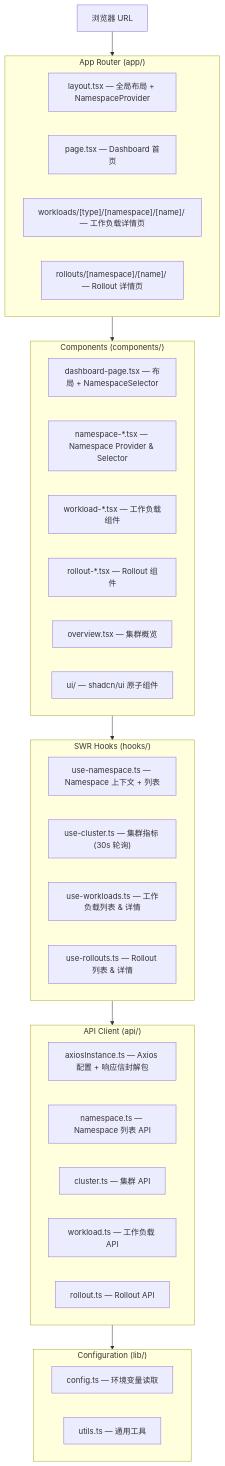
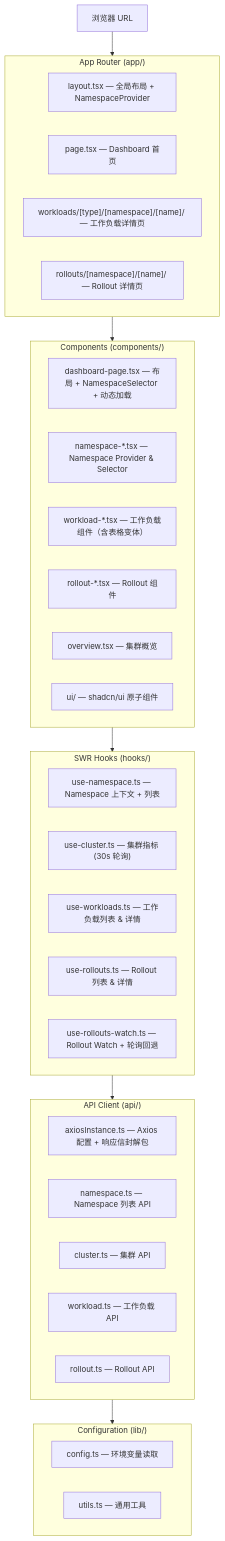
One commit to haomingz/kruise-dashboard changed the third of 4 diagrams in docs/architecture.md. Above: the diagram before and after it, drawn with Mermaid. The commit also changed other lines of this file and 6 other files, not shown here.

````diff
--- a/docs/architecture.md
+++ b/docs/architecture.md
@@ -126,48 +126,49 @@
 ```mermaid
 graph TB
     URL["浏览器 URL"] --> AppRouter
 
     subgraph AppRouter["App Router (app/)"]
         Layout["layout.tsx — 全局布局 + NamespaceProvider"]
         PageHome["page.tsx — Dashboard 首页"]
         PageWorkload["workloads/[type]/[namespace]/[name]/ — 工作负载详情页"]
         PageRollout["rollouts/[namespace]/[name]/ — Rollout 详情页"]
     end
 
     AppRouter --> Comps
 
     subgraph Comps["Components (components/)"]
-        DashComps["dashboard-page.tsx — 布局 + NamespaceSelector"]
+        DashComps["dashboard-page.tsx — 布局 + NamespaceSelector + 动态加载"]
         NsComps["namespace-*.tsx — Namespace Provider & Selector"]
-        WorkloadComps["workload-*.tsx — 工作负载组件"]
+        WorkloadComps["workload-*.tsx — 工作负载组件（含表格变体）"]
         RolloutComps["rollout-*.tsx — Rollout 组件"]
         Overview["overview.tsx — 集群概览"]
         UI["ui/ — shadcn/ui 原子组件"]
     end
 
     Comps --> SWR
 
     subgraph SWR["SWR Hooks (hooks/)"]
         UseNamespace["use-namespace.ts — Namespace 上下文 + 列表"]
         UseCluster["use-cluster.ts — 集群指标 (30s 轮询)"]
         UseWorkloads["use-workloads.ts — 工作负载列表 & 详情"]
         UseRollouts["use-rollouts.ts — Rollout 列表 & 详情"]
+        UseRolloutsWatch["use-rollouts-watch.ts — Rollout Watch + 轮询回退"]
     end
 
     SWR --> Api
 
     subgraph Api["API Client (api/)"]
         AxiosInst["axiosInstance.ts — Axios 配置 + 响应信封解包"]
         NsApi["namespace.ts — Namespace 列表 API"]
         ClusterApi["cluster.ts — 集群 API"]
         WorkloadApi["workload.ts — 工作负载 API"]
         RolloutApi["rollout.ts — Rollout API"]
     end
 
     Api --> Lib
 
     subgraph Lib["Configuration (lib/)"]
         Config["config.ts — 环境变量读取"]
         Utils["utils.ts — 通用工具"]
     end
 ```
````
